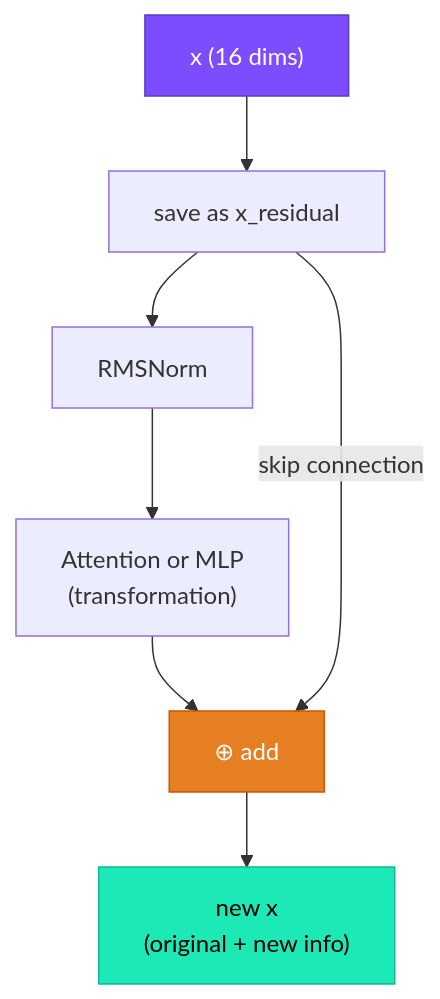
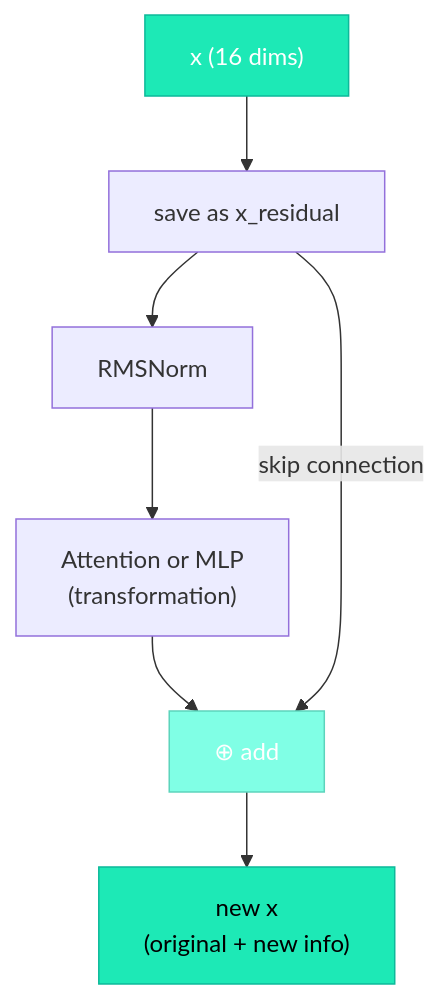
Before and after one commit to iamkhalid2/microgpt-course: the diagram in docs/03-the-architecture/07-residual-connections.md, drawn with Mermaid. The commit also changed 23 other files, not shown here.

````diff
--- a/docs/03-the-architecture/07-residual-connections.md
+++ b/docs/03-the-architecture/07-residual-connections.md
@@ -63,13 +63,13 @@
 ```mermaid
 flowchart TD
     X["x (16 dims)"] --> SAVE["save as x_residual"]
     SAVE --> NORM["RMSNorm"]
     NORM --> BLOCK["Attention or MLP\n(transformation)"]
     BLOCK --> ADD["⊕ add"]
     SAVE -- "skip connection" --> ADD
     ADD --> OUT["new x\n(original + new info)"]
 
-    style X fill:#7c4dff,stroke:#5c3cbf,color:#fff
-    style ADD fill:#e67e22,stroke:#d35400,color:#fff
+    style X fill:#1de9b6,stroke:#0db99a,color:#fff
+    style ADD fill:#80ffe5,stroke:#5cd4bc,color:#fff
     style OUT fill:#1de9b6,stroke:#0db99a,color:#000
 ```
````
